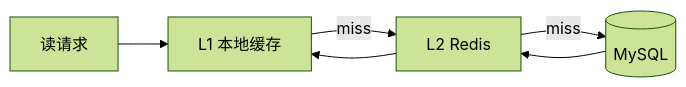
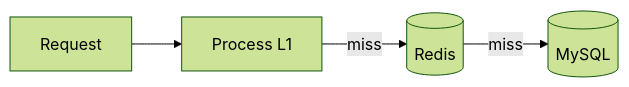
One commit to moqix26/study changed the second of 2 diagrams in 后端学习/系统设计/03-缓存架构设计.md. Above: the diagram before and after it, drawn with Mermaid (forest theme). The commit also changed other lines of this file and 202 other files, not shown here.

````diff
--- a/后端学习/系统设计/03-缓存架构设计.md
+++ b/后端学习/系统设计/03-缓存架构设计.md
@@ -72,8 +157,6 @@
 ```mermaid
 flowchart LR
-    R[读请求] --> L1[L1 本地缓存]
-    L1 -->|miss| L2[L2 Redis]
+    R[Request] --> L1[Process L1]
+    L1 -->|miss| L2[(Redis)]
     L2 -->|miss| DB[(MySQL)]
-    DB --> L2
-    L2 --> L1
 ```
````
